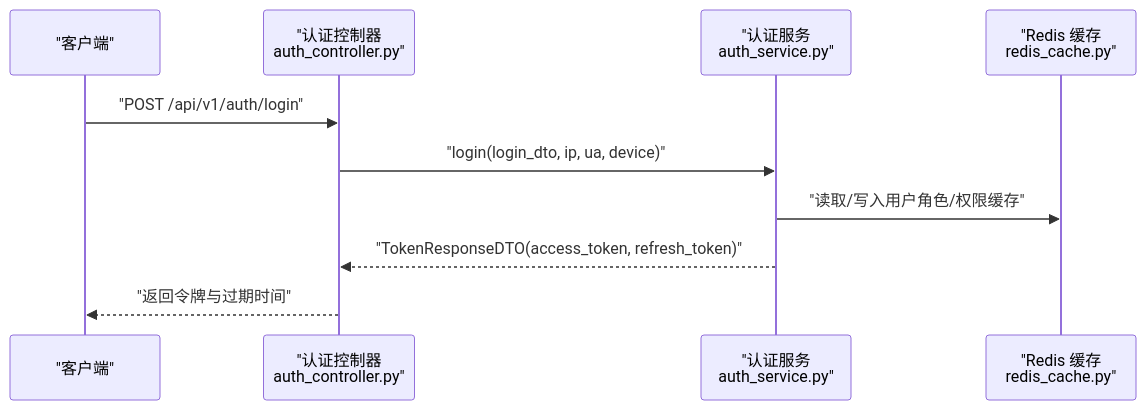
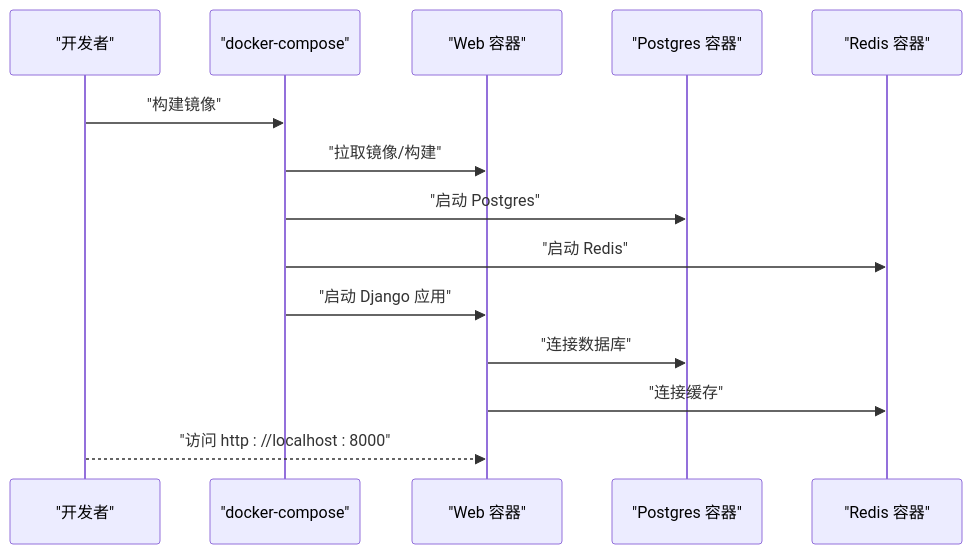
One commit to taoweidong/Hello-Django-Ninja-Api changed the fourth of 5 diagrams in .qoder/repowiki/zh/content/快速开始.md. Above: the diagram before and after it, drawn with Mermaid. The commit also changed other lines of this file and 106 other files, not shown here.

````diff
--- a/.qoder/repowiki/zh/content/快速开始.md
+++ b/.qoder/repowiki/zh/content/快速开始.md
@@ -111,12 +205,16 @@
 ```mermaid
 sequenceDiagram
-participant Client as "客户端"
-participant Ctrl as "认证控制器<br/>auth_controller.py"
-participant Svc as "认证服务<br/>auth_service.py"
-participant Cache as "Redis 缓存<br/>redis_cache.py"
-Client->>Ctrl : "POST /api/v1/auth/login"
-Ctrl->>Svc : "login(login_dto, ip, ua, device)"
-Svc->>Cache : "读取/写入用户角色/权限缓存"
-Svc-->>Ctrl : "TokenResponseDTO(access_token, refresh_token)"
-Ctrl-->>Client : "返回令牌与过期时间"
+participant Dev as "开发者"
+participant Compose as "docker-compose"
+participant Web as "Web 容器"
+participant DB as "Postgres 容器"
+participant Redis as "Redis 容器"
+Dev->>Compose : "构建镜像"
+Compose->>Web : "拉取镜像/构建"
+Compose->>DB : "启动 Postgres"
+Compose->>Redis : "启动 Redis"
+Compose->>Web : "启动 Django 应用"
+Web->>DB : "连接数据库"
+Web->>Redis : "连接缓存"
+Dev-->>Web : "访问 http : //localhost : 8000"
 ```
````
